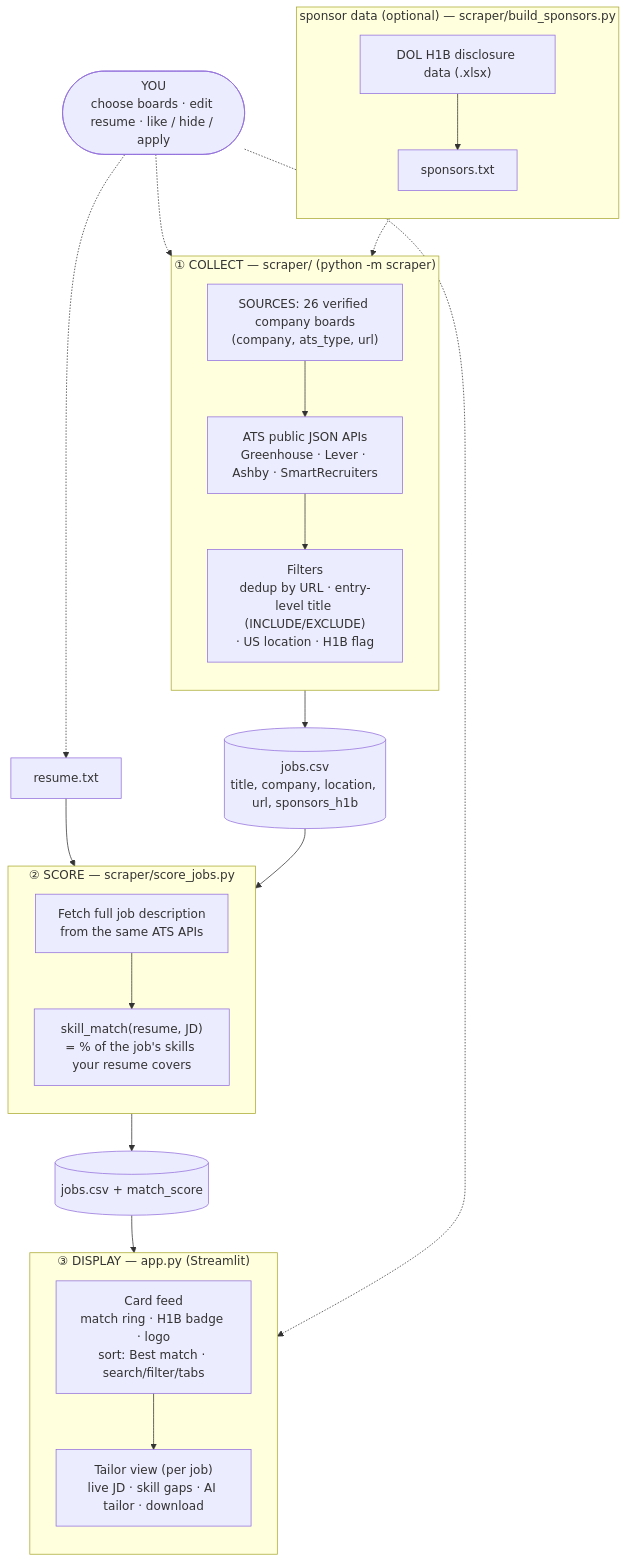
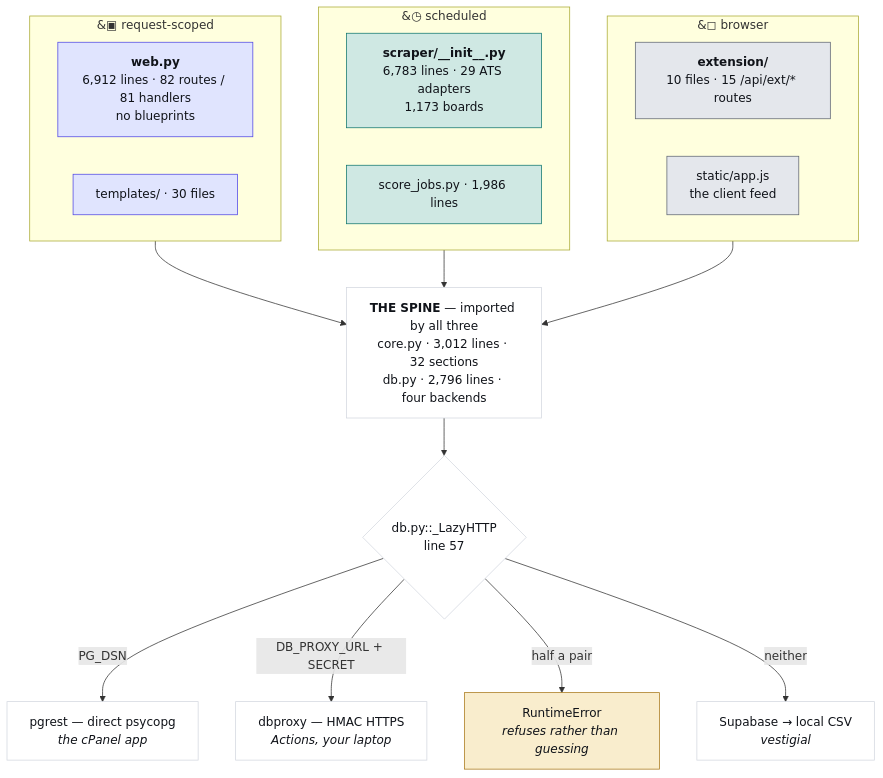
One commit to hadakunal909-debug/job-search-tool changed the first of 4 diagrams in JobMatch Scraper/docs/ARCHITECTURE.md. Above: the diagram before and after it, drawn with Mermaid. The commit also changed other lines of this file and 11 other files, not shown here.

````diff
--- a/JobMatch Scraper/docs/ARCHITECTURE.md
+++ b/JobMatch Scraper/docs/ARCHITECTURE.md
@@ -7,43 +45,34 @@
 ```mermaid
 flowchart TB
-
-subgraph C["① COLLECT — scraper/ (python -m scraper)"]
-  direction TB
-  SRC["SOURCES: 26 verified company boards<br/>(company, ats_type, url)"]
-  API["ATS public JSON APIs<br/>Greenhouse · Lever · Ashby · SmartRecruiters"]
-  FILT["Filters<br/>dedup by URL · entry-level title (INCLUDE/EXCLUDE)<br/>· US location · H1B flag"]
-  SRC --> API --> FILT
-end
-
-CSV[("jobs.csv<br/>title, company, location, url, sponsors_h1b")]
-FILT --> CSV
-
-subgraph S["② SCORE — scraper/score_jobs.py"]
-  direction TB
-  GETJD["Fetch full job description<br/>from the same ATS APIs"]
-  SKILL["skill_match(resume, JD)<br/>= % of the job's skills your resume covers"]
-  GETJD --> SKILL
-end
-RESUME["resume.txt"] --> SKILL
-CSV --> GETJD
-SKILL --> CSV2[("jobs.csv + match_score")]
-
-subgraph D["③ DISPLAY — app.py (Streamlit)"]
-  direction TB
-  FEED["Card feed<br/>match ring · H1B badge · logo<br/>sort: Best match · search/filter/tabs"]
-  TAILOR["Tailor view (per job)<br/>live JD · skill gaps · AI tailor · download"]
-  FEED --> TAILOR
-end
-CSV2 --> FEED
-
-subgraph SP["sponsor data (optional) — scraper/build_sponsors.py"]
-  direction TB
-  DOL["DOL H1B disclosure data (.xlsx)"] --> SPT["sponsors.txt"]
-end
-SPT -.-> FILT
-
-YOU(["YOU<br/>choose boards · edit resume · like / hide / apply"])
-YOU -.-> SRC
-YOU -.-> RESUME
-YOU -.-> FEED
+  subgraph REQ["&#9635; request-scoped"]
+    W["<b>web.py</b><br/>6,912 lines · 82 routes / 81 handlers<br/>no blueprints"]
+    T["templates/ · 30 files"]
+  end
+  subgraph SCH["&#9719; scheduled"]
+    S["<b>scraper/__init__.py</b><br/>6,783 lines · 29 ATS adapters<br/>1,173 boards"]
+    J["score_jobs.py · 1,986 lines"]
+  end
+  subgraph CLI["&#9723; browser"]
+    E["<b>extension/</b><br/>10 files · 15 /api/ext/* routes"]
+    A["static/app.js<br/>the client feed"]
+  end
+  SPINE["<b>THE SPINE</b> — imported by all three<br/>core.py · 3,012 lines · 32 sections<br/>db.py · 2,796 lines · four backends"]
+  REQ --> SPINE
+  SCH --> SPINE
+  CLI --> SPINE
+  SPINE --> D{"db.py::_LazyHTTP<br/>line 57"}
+  D -->|"PG_DSN"| P["pgrest — direct psycopg<br/><i>the cPanel app</i>"]
+  D -->|"DB_PROXY_URL + SECRET"| X["dbproxy — HMAC HTTPS<br/><i>Actions, your laptop</i>"]
+  D -->|"half a pair"| R["RuntimeError<br/><i>refuses rather than guessing</i>"]
+  D -->|"neither"| V["Supabase → local CSV<br/><i>vestigial</i>"]
+  classDef web fill:#e0e4fe,stroke:#4f46e5,color:#101319
+  classDef sched fill:#cfe8e3,stroke:#0f766e,color:#101319
+  classDef client fill:#e4e7ec,stroke:#5f6573,color:#101319
+  classDef trap fill:#f9edcd,stroke:#a8781a,color:#101319
+  classDef plain fill:#ffffff,stroke:#d3d7df,color:#101319
+  class W,T web
+  class S,J sched
+  class E,A client
+  class R trap
+  class SPINE,D,P,X,V plain
 ```
````
